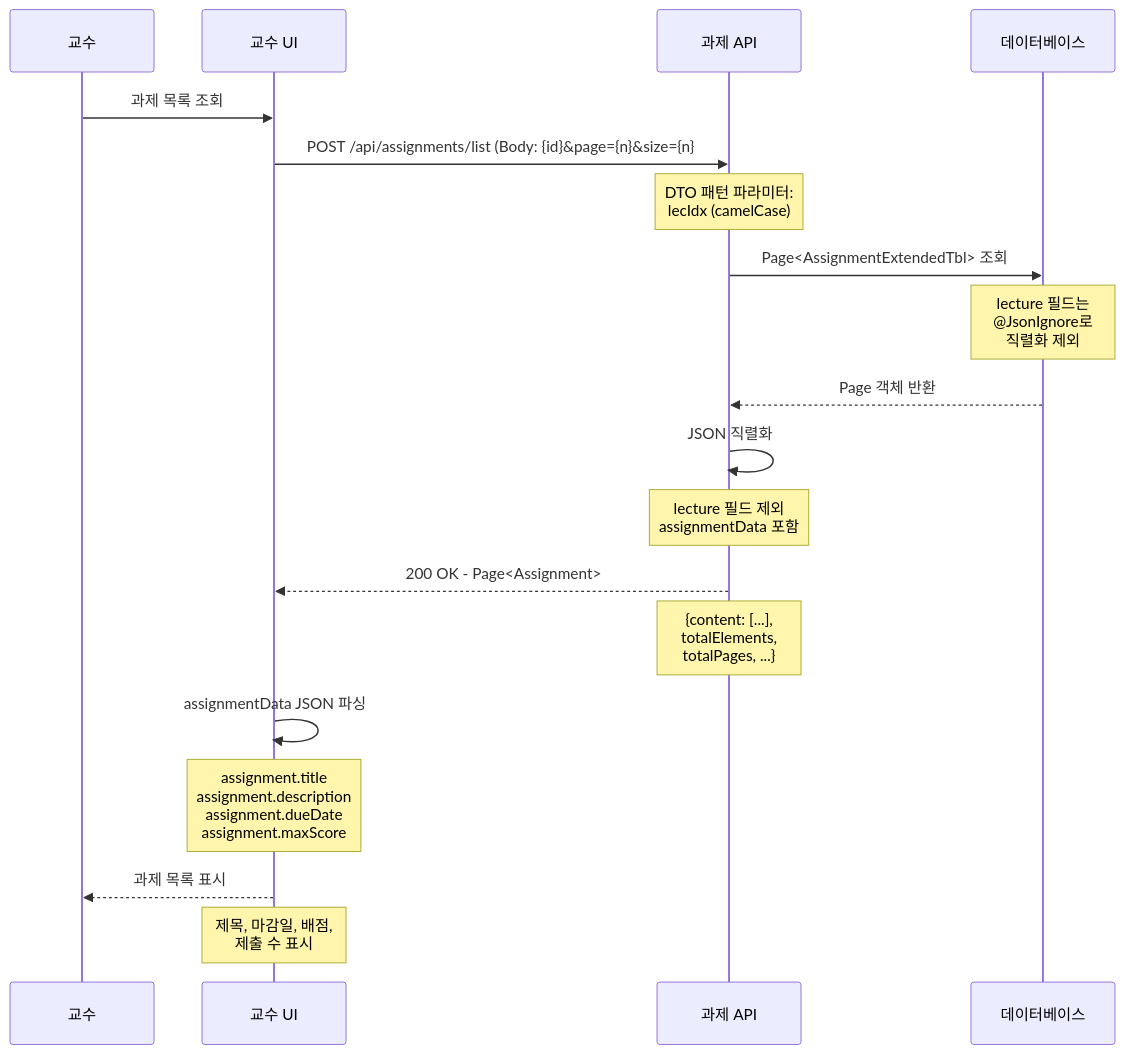
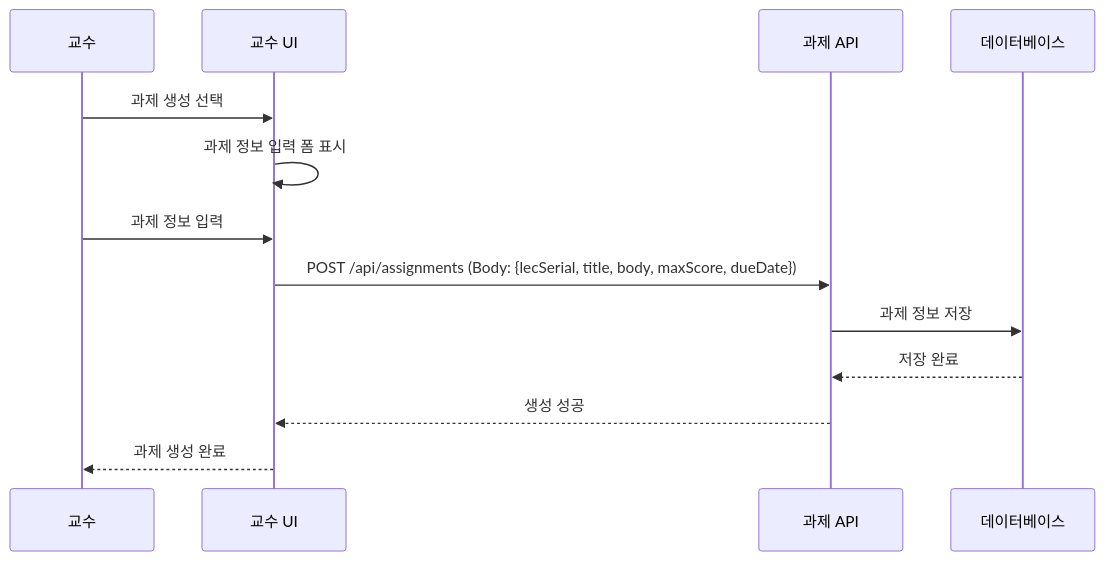
Before and after one commit to hooting76/blue-crab-lms: the fifth of 9 diagrams in backend/BlueCrab/docs/강의관련기능/05-교수플로우.md, drawn with Mermaid. The commit also changed other lines of this file and 19 other files, not shown here.

````diff
--- a/backend/BlueCrab/docs/강의관련기능/05-교수플로우.md
+++ b/backend/BlueCrab/docs/강의관련기능/05-교수플로우.md
@@ -994,27 +234,17 @@
 ```mermaid
 sequenceDiagram
     participant Professor as 교수
     participant UI as 교수 UI
     participant API as 과제 API
     participant DB as 데이터베이스
 
-    Professor->>UI: 과제 목록 조회
-    UI->>API: POST /api/assignments/list (Body: {id}&page={n}&size={n}
-    Note over API: DTO 패턴 파라미터:<br/>lecIdx (camelCase)
+    Professor->>UI: 과제 생성 선택
+    UI->>UI: 과제 정보 입력 폼 표시
 
-    API->>DB: Page<AssignmentExtendedTbl> 조회
-    Note over DB: lecture 필드는<br/>@JsonIgnore로<br/>직렬화 제외
-
-    DB-->>API: Page 객체 반환
-    API->>API: JSON 직렬화
-    Note over API: lecture 필드 제외<br/>assignmentData 포함
-
-    API-->>UI: 200 OK - Page<Assignment>
-    Note over API: {content: [...],<br/>totalElements,<br/>totalPages, ...}
-
-    UI->>UI: assignmentData JSON 파싱
-    Note over UI: assignment.title<br/>assignment.description<br/>assignment.dueDate<br/>assignment.maxScore
-
-    UI-->>Professor: 과제 목록 표시
-    Note over UI: 제목, 마감일, 배점,<br/>제출 수 표시
+    Professor->>UI: 과제 정보 입력
+    UI->>API: POST /api/assignments (Body: {lecSerial, title, body, maxScore, dueDate})
+    API->>DB: 과제 정보 저장
+    DB-->>API: 저장 완료
+    API-->>UI: 생성 성공
+    UI-->>Professor: 과제 생성 완료
 ```
````
